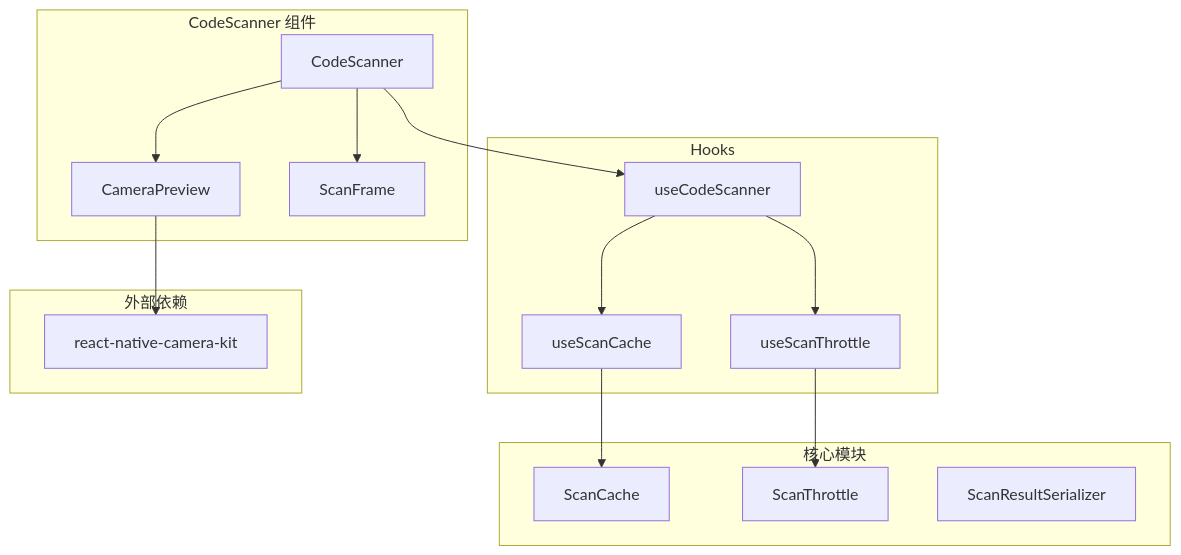
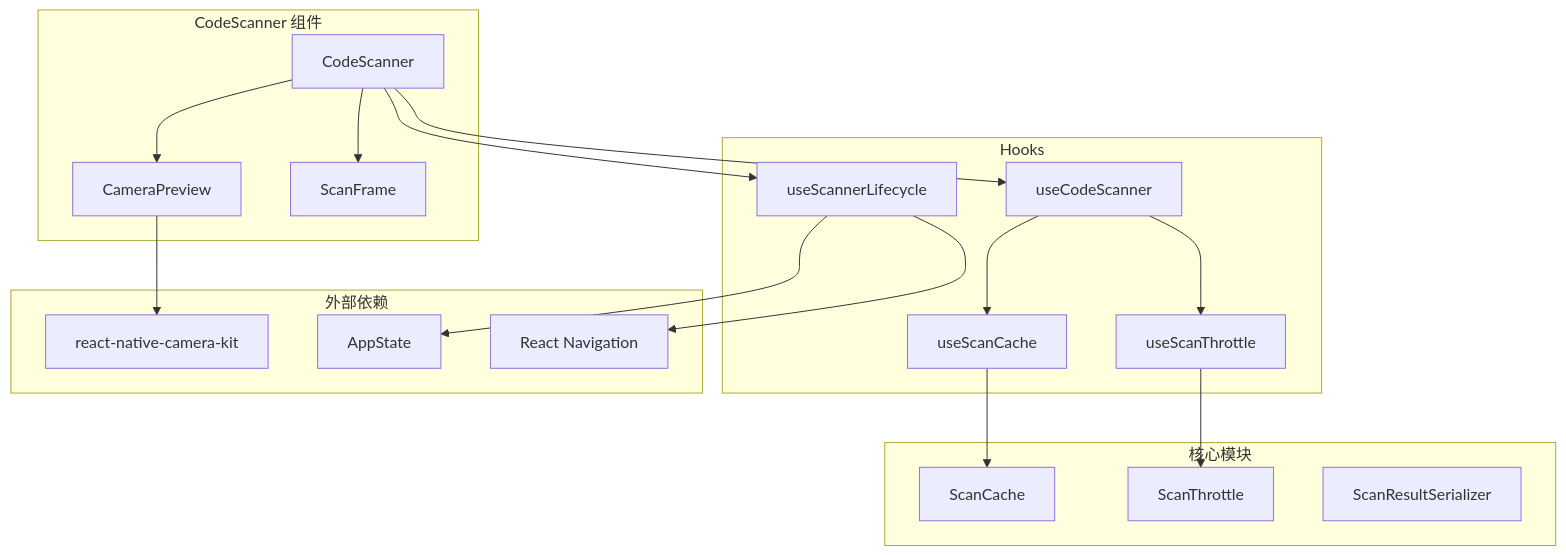
Before and after one commit to 17607131520Aaron/my-react-native-app: the diagram in .kiro/specs/code-scanner/design.md, drawn with Mermaid. The commit also changed other lines of this file and 5 other files, not shown here.

````diff
--- a/.kiro/specs/code-scanner/design.md
+++ b/.kiro/specs/code-scanner/design.md
@@ -9,33 +11,39 @@
 ```mermaid
 graph TB
     subgraph "CodeScanner 组件"
         CS[CodeScanner]
         CP[CameraPreview]
         SF[ScanFrame]
     end
 
     subgraph "核心模块"
         SC[ScanCache]
         TH[ScanThrottle]
         SR[ScanResultSerializer]
     end
 
     subgraph "Hooks"
         USC[useScanCache]
         UST[useScanThrottle]
         UCS[useCodeScanner]
+        USLC[useScannerLifecycle]
     end
 
     subgraph "外部依赖"
         CK[react-native-camera-kit]
+        AS[AppState]
+        RN[React Navigation]
     end
 
     CS --> CP
     CS --> SF
     CS --> UCS
+    CS --> USLC
     UCS --> USC
     UCS --> UST
     USC --> SC
     UST --> TH
     CP --> CK
+    USLC --> AS
+    USLC --> RN
 ```
````
